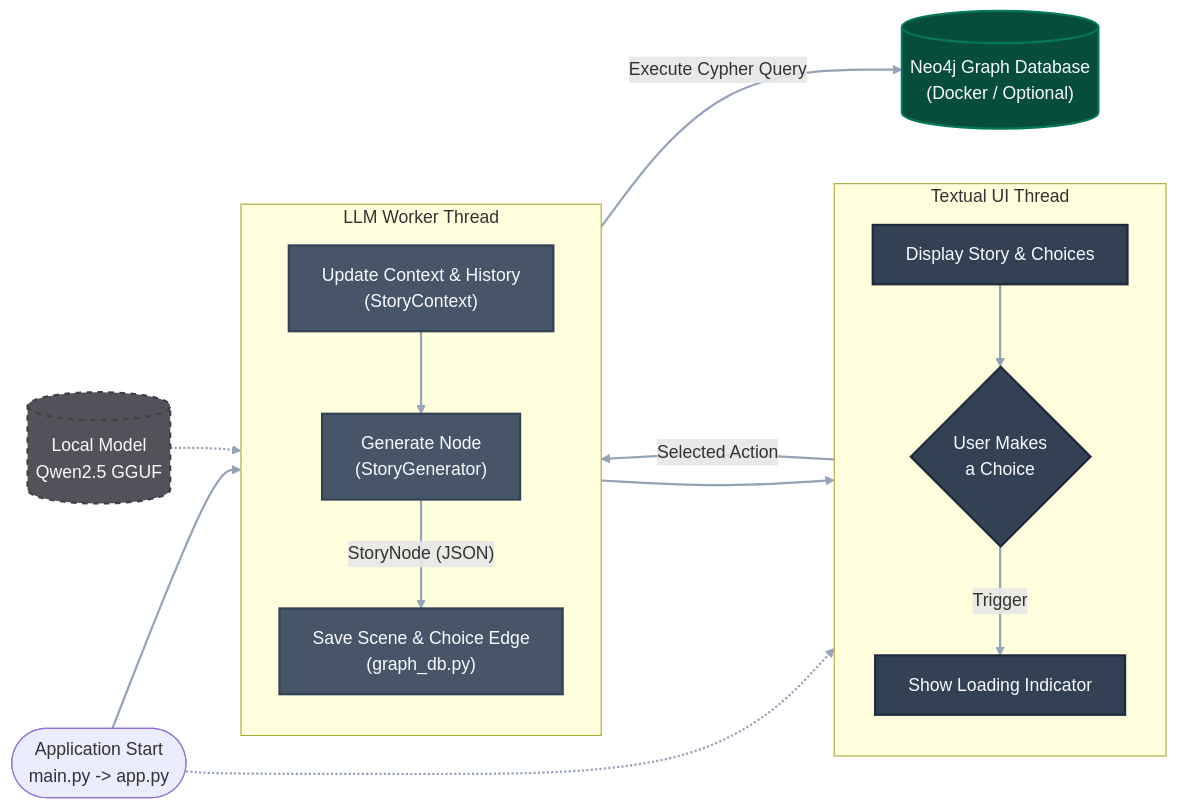
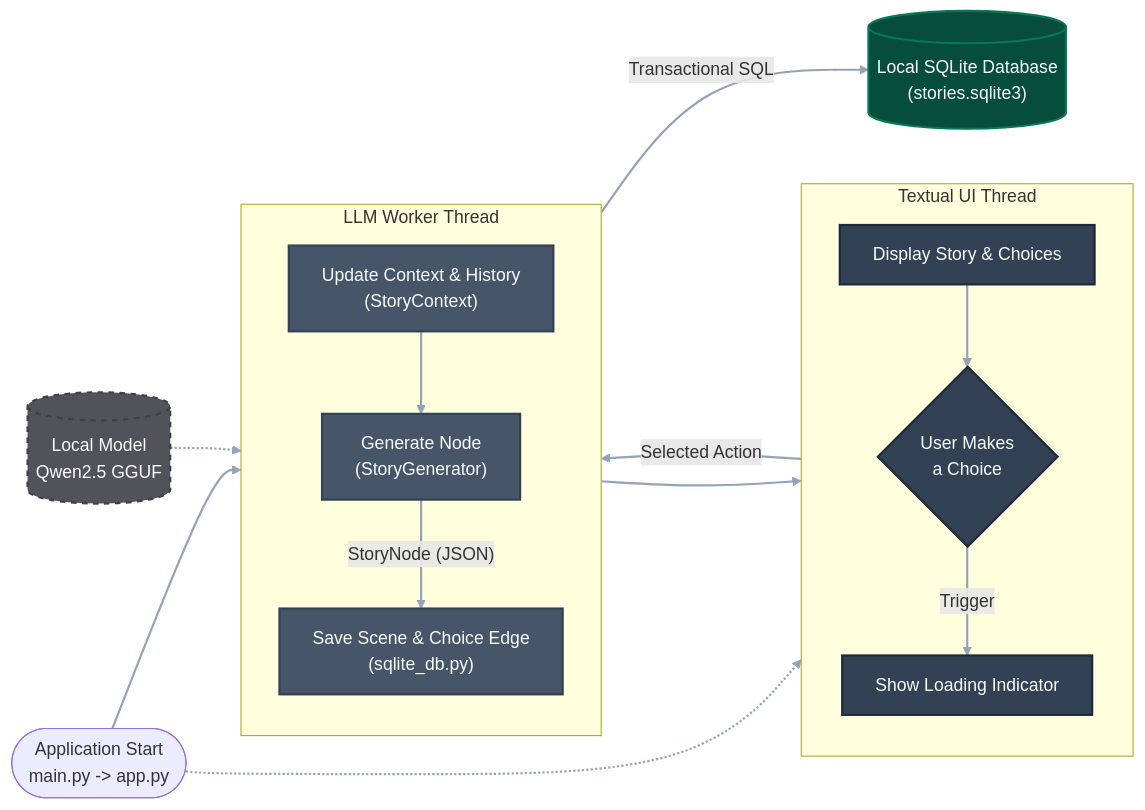
One commit to KishanPipariya/CYOA_TUI changed the diagram in workflow.md. Above: the diagram before and after it, drawn with Mermaid. The commit also changed 26 other files, not shown here.

Commit message:
Replace graph persistence with SQLite

````diff
--- a/workflow.md
+++ b/workflow.md
@@ -3,48 +3,48 @@
 ```mermaid
 %%{init: {'flowchart': {'curve': 'basis'}}}%%
 flowchart LR
     %% Define Styles (Muted, Sophisticated Palette)
     classDef tui fill:#334155,color:#F8FAFC,stroke:#1E293B,stroke-width:2px;
     classDef backend fill:#475569,color:#F8FAFC,stroke:#334155,stroke-width:2px;
     classDef model fill:#52525B,color:#F8FAFC,stroke:#3F3F46,stroke-width:2px,stroke-dasharray: 5 5;
     classDef db fill:#064E3B,color:#F8FAFC,stroke:#047857,stroke-width:2px;
     
     %% Lines
     linkStyle default stroke:#94A3B8,stroke-width:2px;
 
     %% Nodes
     Start([Application Start<br/>main.py -> app.py])
 
     subgraph TUI["Textual UI Thread"]
         direction TB
         ShowLoading["Show Loading Indicator"]:::tui
         DisplayStory["Display Story & Choices"]:::tui
         UserChoice{"User Makes<br/>a Choice"}:::tui
     end
 
     subgraph Backend["LLM Worker Thread"]
         direction TB
         Generate["Generate Node<br/>(StoryGenerator)"]:::backend
         UpdateContext["Update Context & History<br/>(StoryContext)"]:::backend
-        SaveGraph["Save Scene & Choice Edge<br/>(graph_db.py)"]:::backend
+        SaveGraph["Save Scene & Choice Edge<br/>(sqlite_db.py)"]:::backend
     end
 
     SubModel[("Local Model<br/>Qwen2.5 GGUF")]:::model
-    GraphDB[("Neo4j Graph Database<br/>(Docker / Optional)")]:::db
+    GraphDB[("Local SQLite Database<br/>(stories.sqlite3)")]:::db
 
     %% Edges
     Start --> Generate
     Start -.-> ShowLoading
     
     SubModel -.-> Generate
 
     Generate -- "StoryNode (JSON)" --> SaveGraph
     SaveGraph --> DisplayStory
     DisplayStory --> UserChoice
     
     UserChoice -- "Selected Action" --> UpdateContext
     UserChoice -- "Trigger" --> ShowLoading
     
     UpdateContext --> Generate
-    SaveGraph -- "Execute Cypher Query" --> GraphDB
+    SaveGraph -- "Transactional SQL" --> GraphDB
 ```
````
